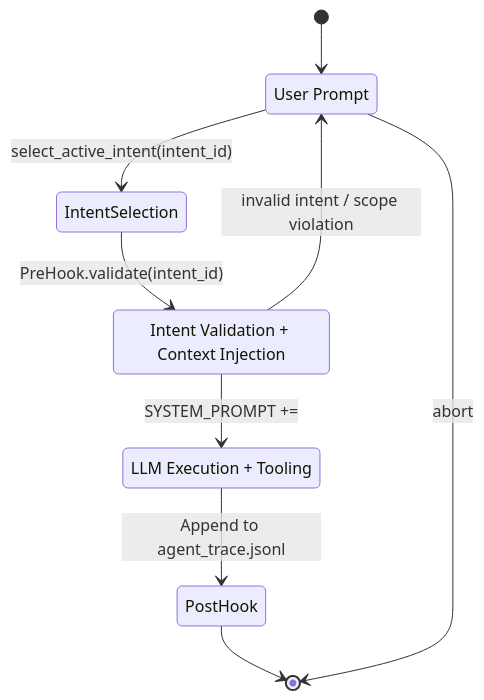
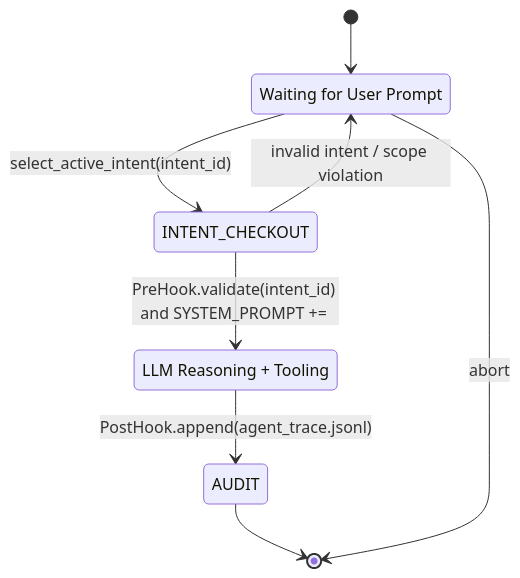
Before and after one commit to RooCodeInc/Roo-Code: the diagram in diagrams/state.mmd, drawn with Mermaid. The commit also changed 10 other files, not shown here.

First line of the commit message:
hooks+docs: AST capture utility, optimistic IntentLockManager, and diagram exports (#10)

```diff
--- a/diagrams/state.mmd
+++ b/diagrams/state.mmd
@@ -1,14 +1,12 @@
-%% Mermaid State Diagram: Two-Stage Deterministic Workflow
+%% Mermaid State Diagram: Deterministic Workflow (IDLE → CHECKOUT → EXECUTION → AUDIT)
 stateDiagram-v2
-  [*] --> Request
-  Request: User Prompt
-  Request --> IntentSelection: select_active_intent(intent_id)
-  IntentSelection --> Handshake: PreHook.validate(intent_id)
-  Handshake: Intent Validation + Context Injection
-  Handshake --> ContextualizedAction: SYSTEM_PROMPT += <intent_context>
-  ContextualizedAction: LLM Execution + Tooling
-  ContextualizedAction --> PostHook: Append to agent_trace.jsonl
-  PostHook --> [*]
+  [*] --> IDLE
+  IDLE: Waiting for User Prompt
+  IDLE --> INTENT_CHECKOUT: select_active_intent(intent_id)
+  INTENT_CHECKOUT --> EXECUTION: PreHook.validate(intent_id) and SYSTEM_PROMPT += <intent_context>
+  EXECUTION: LLM Reasoning + Tooling
+  EXECUTION --> AUDIT: PostHook.append(agent_trace.jsonl)
+  AUDIT --> [*]
 
-  Request --> [*]: abort
-  Handshake --> Request: invalid intent / scope violation
+  IDLE --> [*]: abort
+  INTENT_CHECKOUT --> IDLE: invalid intent / scope violation
```
